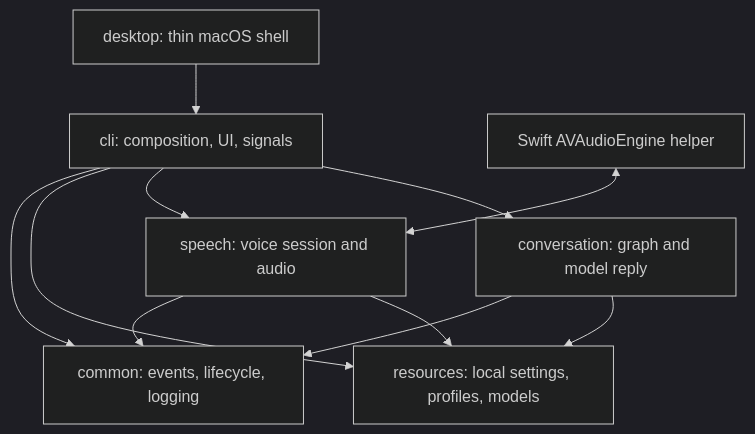
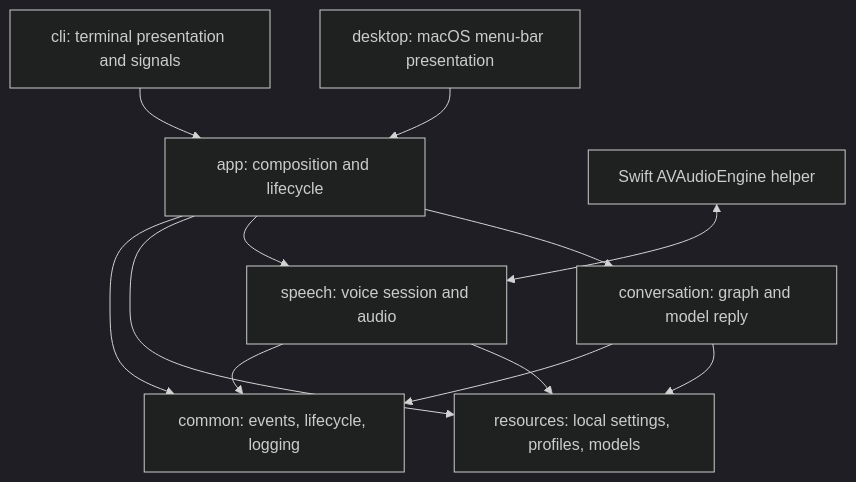
One commit to stanislaw-glogowski/helomi-app changed the diagram in docs/architecture/overview.md. Above: the diagram before and after it, drawn with Mermaid (dark theme). The commit also changed other lines of this file and 32 other files, not shown here.

Commit message:
Add macOS menu-bar frontend and related configuration updates

````diff
--- a/docs/architecture/overview.md
+++ b/docs/architecture/overview.md
@@ -7,13 +7,14 @@
 ```mermaid
 flowchart TB
-  CLI["cli: composition, UI, signals"] --> Common["common: events, lifecycle, logging"]
-  CLI --> Resources["resources: local settings, profiles, models"]
-  CLI --> Speech["speech: voice session and audio"]
-  CLI --> Conversation["conversation: graph and model reply"]
+  App["app: composition and lifecycle"] --> Common["common: events, lifecycle, logging"]
+  App --> Resources["resources: local settings, profiles, models"]
+  App --> Speech["speech: voice session and audio"]
+  App --> Conversation["conversation: graph and model reply"]
   Speech --> Common
   Speech --> Resources
   Conversation --> Common
   Conversation --> Resources
-  Desktop["desktop: thin macOS shell"] --> CLI
+  CLI["cli: terminal presentation and signals"] --> App
+  Desktop["desktop: macOS menu-bar presentation"] --> App
   Swift["Swift AVAudioEngine helper"] <--> Speech
 ```
````
